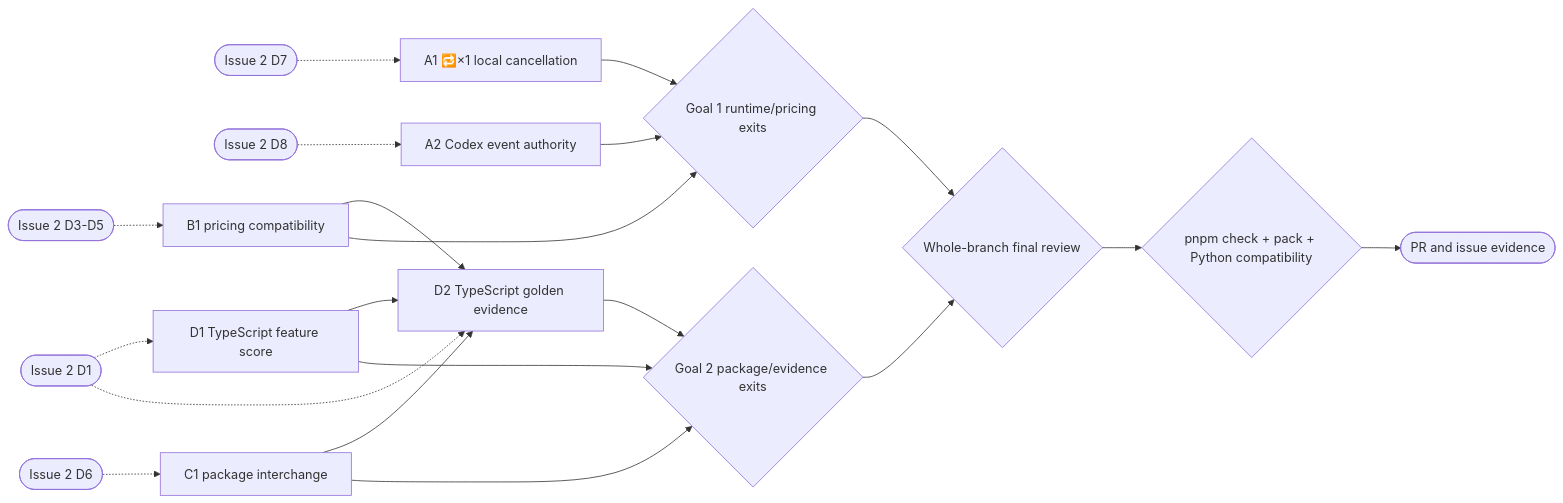
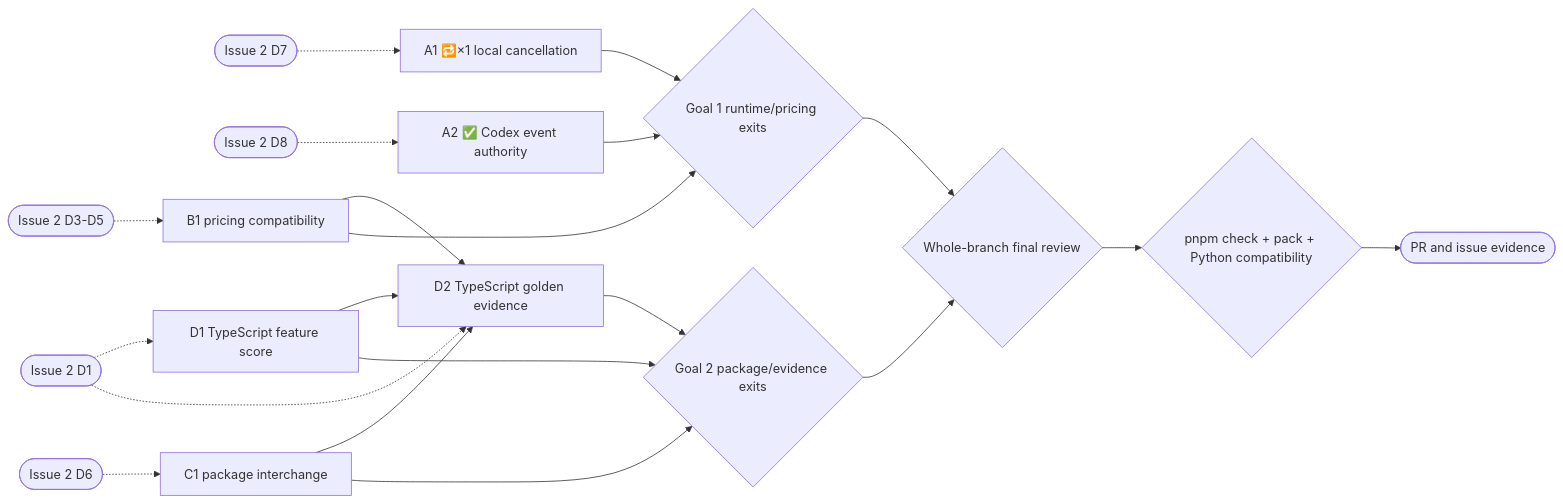
Before and after one commit to tyxter-dev/blackbox-ts: the diagram in docs/plans/issue-2-compatibility-plan.md, drawn with Mermaid. The commit also changed other lines of this file and 8 other files, not shown here.

Commit message:
fix(codex): distinguish synthetic authority from wire events (#2)

````diff
--- a/docs/plans/issue-2-compatibility-plan.md
+++ b/docs/plans/issue-2-compatibility-plan.md
@@ -142,22 +142,22 @@
 ```mermaid
 flowchart LR
   I7(["Issue 2 D7"]) -.-> A1["A1 🔁×1 local cancellation"]
-  I8(["Issue 2 D8"]) -.-> A2["A2 Codex event authority"]
+  I8(["Issue 2 D8"]) -.-> A2["A2 ✅ Codex event authority"]
   IP(["Issue 2 D3-D5"]) -.-> B1["B1 pricing compatibility"]
   IW(["Issue 2 D6"]) -.-> C1["C1 package interchange"]
   IS(["Issue 2 D1"]) -.-> D1["D1 TypeScript feature score"]
   IS -.-> D2["D2 TypeScript golden evidence"]
   D1 --> D2
   B1 --> D2
   C1 --> D2
   A1 --> G1{"Goal 1 runtime/pricing exits"}
   A2 --> G1
   B1 --> G1
   C1 --> G2{"Goal 2 package/evidence exits"}
   D1 --> G2
   D2 --> G2
   G1 --> FR{"Whole-branch final review"}
   G2 --> FR
   FR --> CHECK{"pnpm check + pack + Python compatibility"}
   CHECK --> PR(["PR and issue evidence"])
 ```
````
